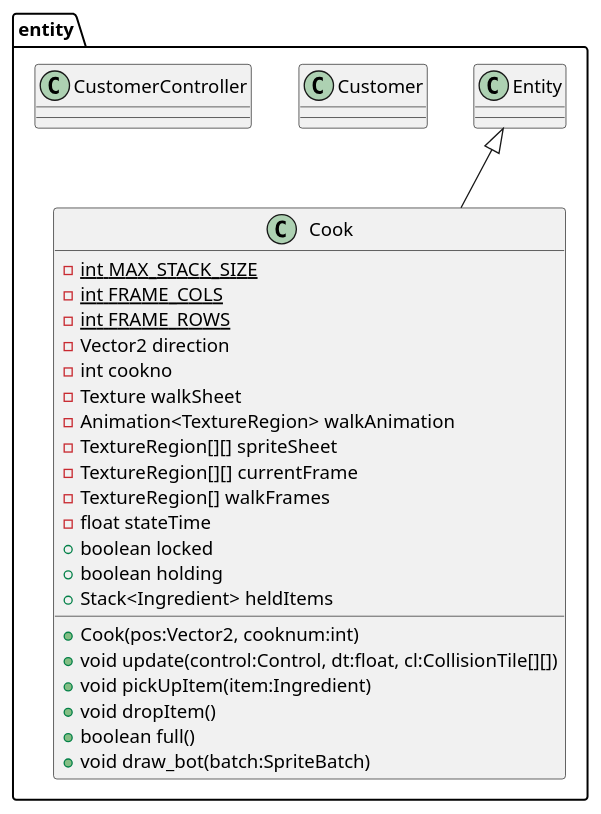
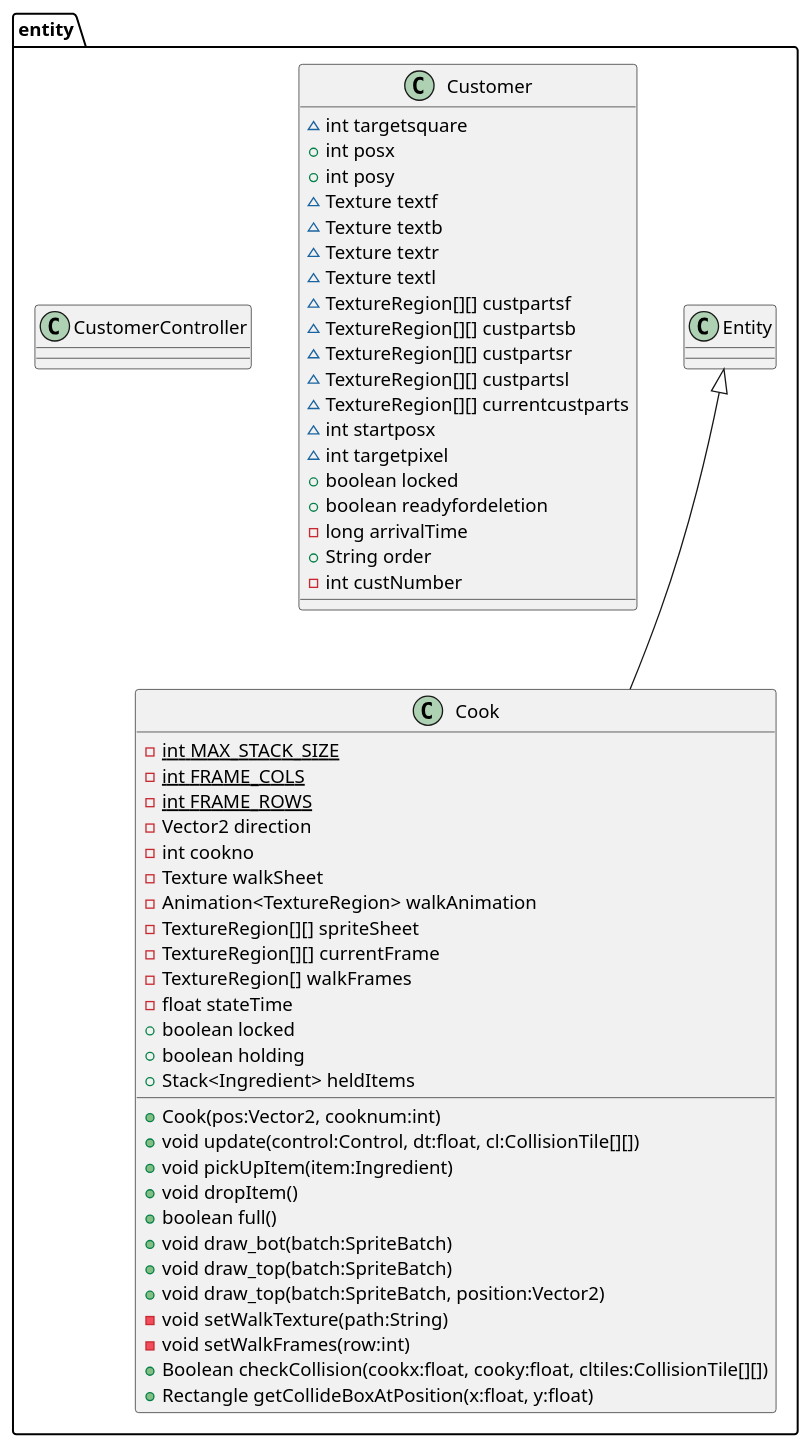
Before and after one commit to decassociation/project_eng1_team3: the diagram in UMLDiagrams/entity_package.puml, drawn with PlantUML.

Commit message:
More work on entity_package.puml

```diff
--- a/UMLDiagrams/entity_package.puml
+++ b/UMLDiagrams/entity_package.puml
@@ -1,35 +1,61 @@
 @startuml
 'https://plantuml.com/class-diagram
 package "entity"{
 
 class Cook extends Entity{
 -{static} int MAX_STACK_SIZE
 -{static} int FRAME_COLS
 -{static} int FRAME_ROWS
 -Vector2 direction
 -int cookno
 -Texture walkSheet
 -Animation<TextureRegion> walkAnimation
 -TextureRegion[][] spriteSheet
 -TextureRegion[][] currentFrame
 -TextureRegion[] walkFrames
 -float stateTime
 +boolean locked
 +boolean holding
 +Stack<Ingredient> heldItems
 +Cook(pos:Vector2, cooknum:int)
 +void update(control:Control, dt:float, cl:CollisionTile[][])
 +void pickUpItem(item:Ingredient)
 +void dropItem()
 +boolean full()
 +void draw_bot(batch:SpriteBatch)
++void draw_top(batch:SpriteBatch)
++void draw_top(batch:SpriteBatch, position:Vector2)
+-void setWalkTexture(path:String)
+-void setWalkFrames(row:int)
++Boolean checkCollision(cookx:float, cooky:float, cltiles:CollisionTile[][])
++Rectangle getCollideBoxAtPosition(x:float, y:float)
 }
 
-class Customer{}
+class Customer{
+~int targetsquare
++int posx
++int posy
+~Texture textf
+~Texture textb
+~Texture textr
+~Texture textl
+~TextureRegion[][] custpartsf
+~TextureRegion[][] custpartsb
+~TextureRegion[][] custpartsr
+~TextureRegion[][] custpartsl
+~TextureRegion[][] currentcustparts
+~int startposx
+~int targetpixel
++boolean locked
++boolean readyfordeletion
+-long arrivalTime
++String order
+-int custNumber
+}
 
 class CustomerController{}
 
 class Entity{}
 
 }
 @enduml
```
